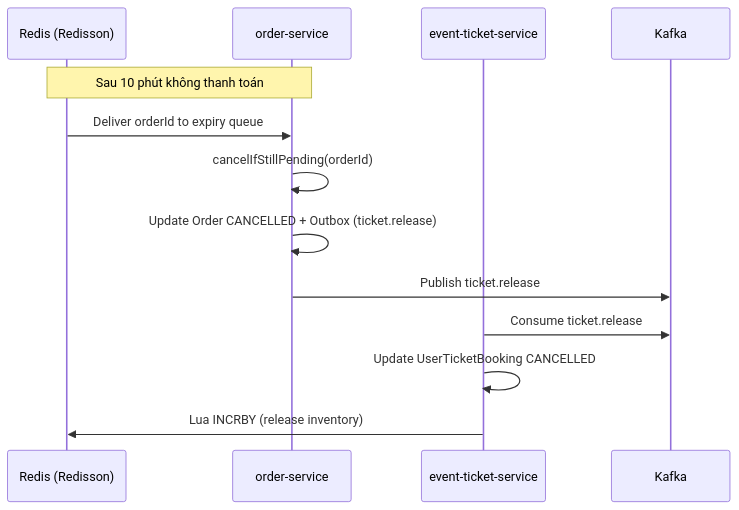
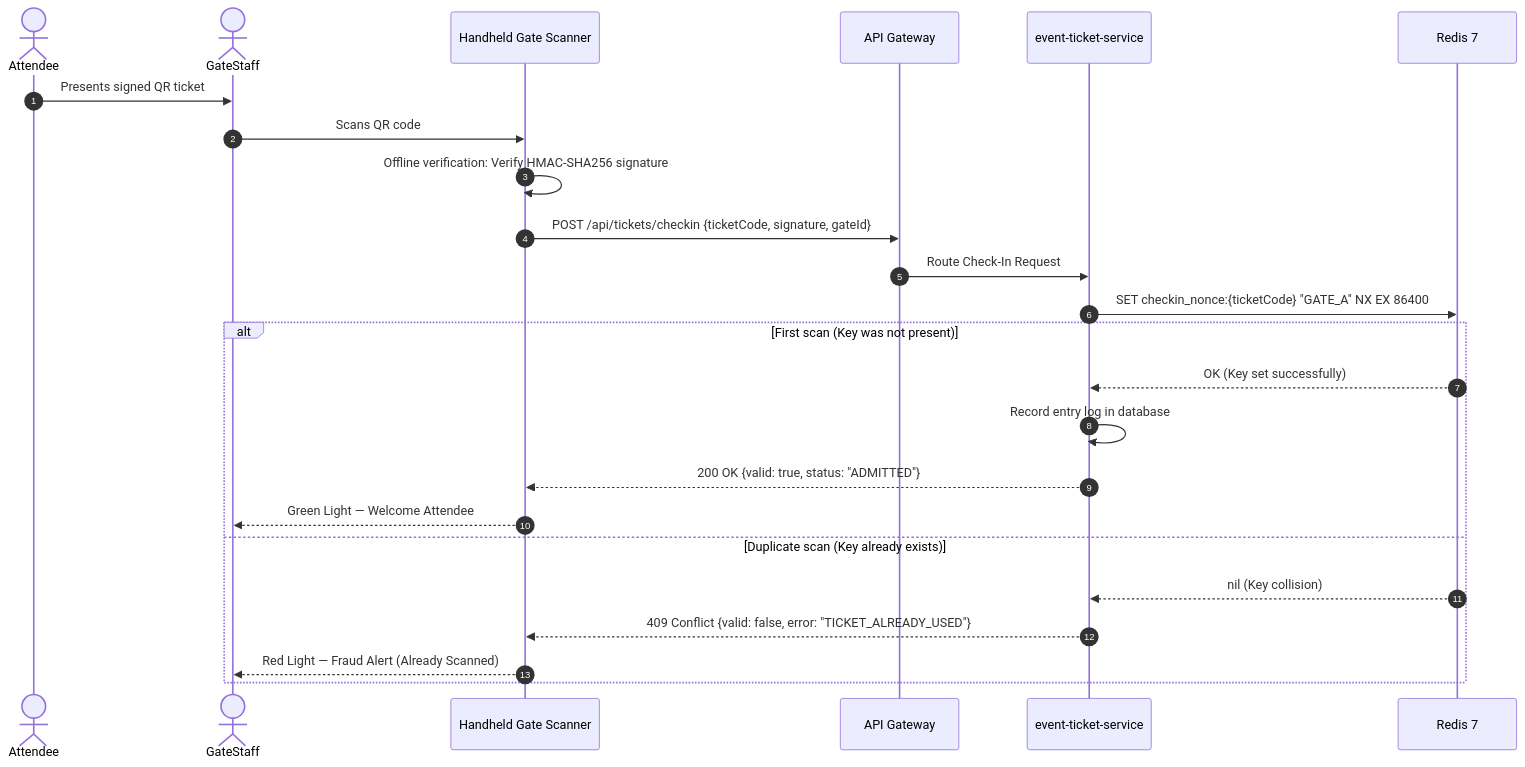
One commit to tcnguywn/event-ticket-booking changed the fifth of 5 diagrams in docs/analysis-and-design.md. Above: the diagram before and after it, drawn with Mermaid. The commit also changed other lines of this file and 2 other files, not shown here.

````diff
--- a/docs/analysis-and-design.md
+++ b/docs/analysis-and-design.md
@@ -249,17 +290,27 @@
 ```mermaid
 sequenceDiagram
-    participant R as Redis (Redisson)
-    participant OS as order-service
+    autonumber
+    actor Attendee
+    actor GateStaff
+    participant Scanner as Handheld Gate Scanner
+    participant GW as API Gateway
     participant ETS as event-ticket-service
-    participant K as Kafka
+    participant Redis as Redis 7
 
-    Note over R,OS: Sau 10 phút không thanh toán
-    R->>OS: Deliver orderId to expiry queue
-    OS->>OS: cancelIfStillPending(orderId)
-    OS->>OS: Update Order CANCELLED + Outbox (ticket.release)
-    OS->>K: Publish ticket.release
-
-    ETS->>K: Consume ticket.release
-    ETS->>ETS: Update UserTicketBooking CANCELLED
-    ETS->>R: Lua INCRBY (release inventory)
+    Attendee->>GateStaff: Presents signed QR ticket
+    GateStaff->>Scanner: Scans QR code
+    Scanner->>Scanner: Offline verification: Verify HMAC-SHA256 signature
+    Scanner->>GW: POST /api/tickets/checkin {ticketCode, signature, gateId}
+    GW->>ETS: Route Check-In Request
+    ETS->>Redis: SET checkin_nonce:{ticketCode} "GATE_A" NX EX 86400
+    alt First scan (Key was not present)
+        Redis-->>ETS: OK (Key set successfully)
+        ETS->>ETS: Record entry log in database
+        ETS-->>Scanner: 200 OK {valid: true, status: "ADMITTED"}
+        Scanner-->>GateStaff: Green Light — Welcome Attendee
+    else Duplicate scan (Key already exists)
+        Redis-->>ETS: nil (Key collision)
+        ETS-->>Scanner: 409 Conflict {valid: false, error: "TICKET_ALREADY_USED"}
+        Scanner-->>GateStaff: Red Light — Fraud Alert (Already Scanned)
+    end
 ```
````
